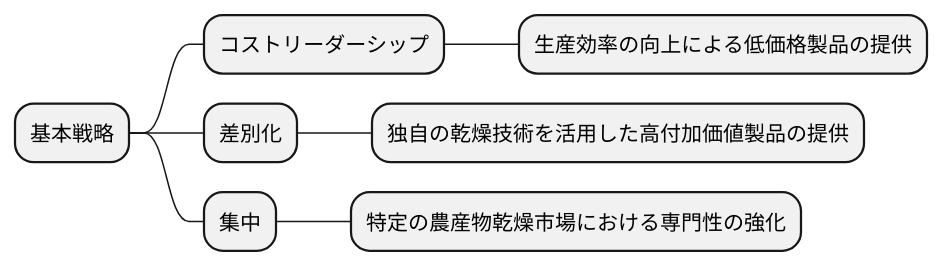
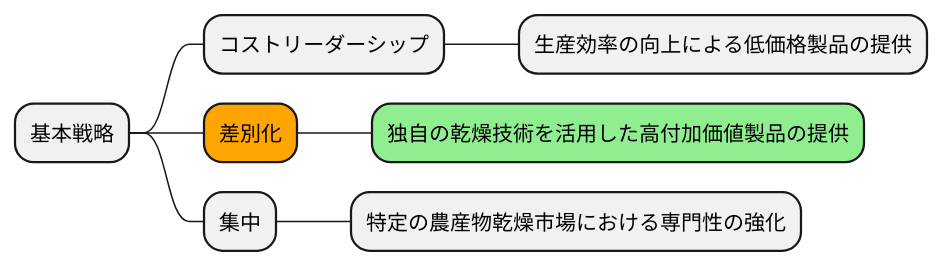
The eighth of 16 diagrams in docs/case/r01_case_1.adoc (k2works/case-sutudy-business-analysis), drawn with PlantUML before and after one commit. The commit also changed other lines of this file, not shown here.

```diff
--- a/docs/case/r01_case_1.adoc
+++ b/docs/case/r01_case_1.adoc
@@ -242,14 +270,14 @@
 [plantuml]
 ----
 @startmindmap
 
 * 基本戦略
 ** コストリーダーシップ
 *** 生産効率の向上による低価格製品の提供
-** 差別化
-*** 独自の乾燥技術を活用した高付加価値製品の提供
+**[#orange] 差別化
+***[#lightgreen] 独自の乾燥技術を活用した高付加価値製品の提供
 ** 集中
 *** 特定の農産物乾燥市場における専門性の強化
 
 @endmindmap
 ----
```
